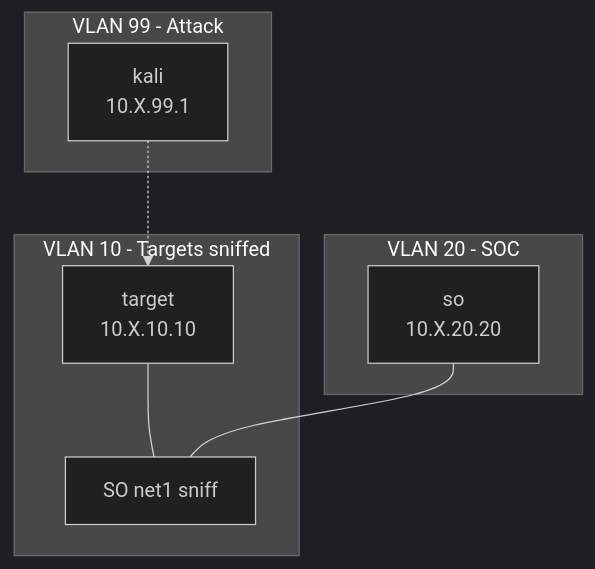
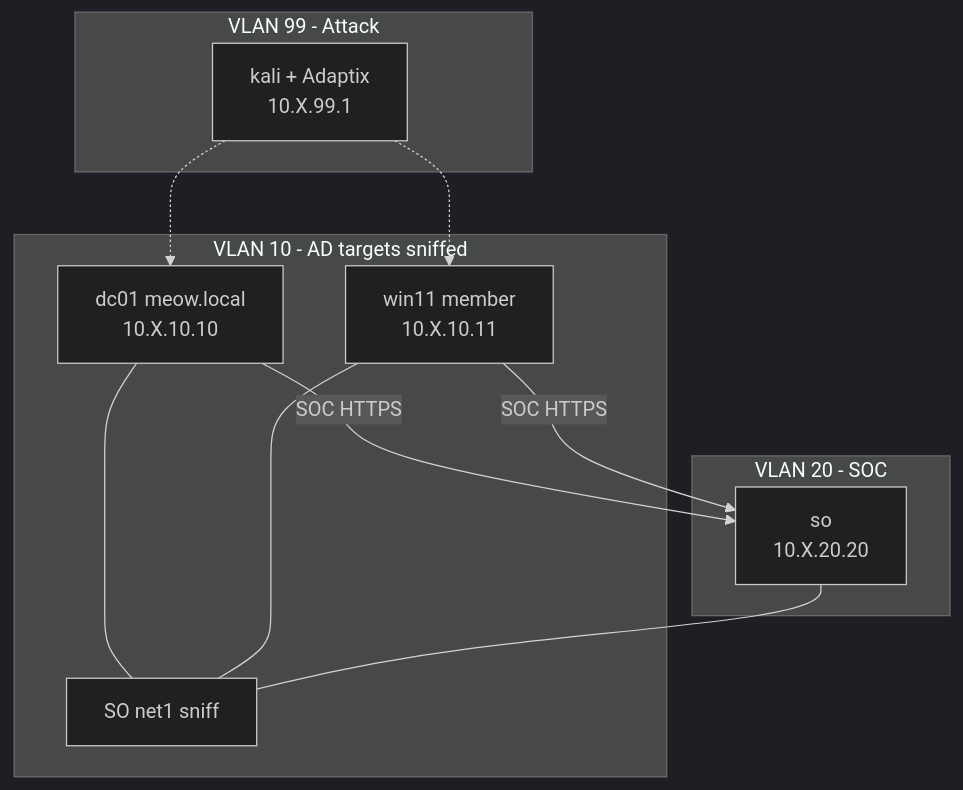
The diagram in blueprints/securityonion-lab/README.md (ryokubaka/ludus-source-meow), drawn with Mermaid (dark theme) before and after one commit. The commit also changed other lines of this file and 39 other files, not shown here.

````diff
--- a/blueprints/securityonion-lab/README.md
+++ b/blueprints/securityonion-lab/README.md
@@ -17,16 +17,21 @@
 ```mermaid
 graph TB
-    subgraph VLAN10["VLAN 10 - Targets sniffed"]
-        TARGET["target<br/>10.X.10.10"]
+    subgraph VLAN10["VLAN 10 - AD targets sniffed"]
+        DC["dc01 meow.local<br/>10.X.10.10"]
+        WIN11["win11 member<br/>10.X.10.11"]
         SNIFF["SO net1 sniff"]
     end
     subgraph VLAN20["VLAN 20 - SOC"]
         SO["so<br/>10.X.20.20"]
     end
     subgraph VLAN99["VLAN 99 - Attack"]
-        KALI["kali<br/>10.X.99.1"]
+        KALI["kali + Adaptix<br/>10.X.99.1"]
     end
-    KALI -.-> TARGET
-    TARGET --- SNIFF
+    KALI -.-> DC
+    KALI -.-> WIN11
+    DC -->|SOC HTTPS| SO
+    WIN11 -->|SOC HTTPS| SO
+    DC --- SNIFF
+    WIN11 --- SNIFF
     SO --- SNIFF
 ```
````
